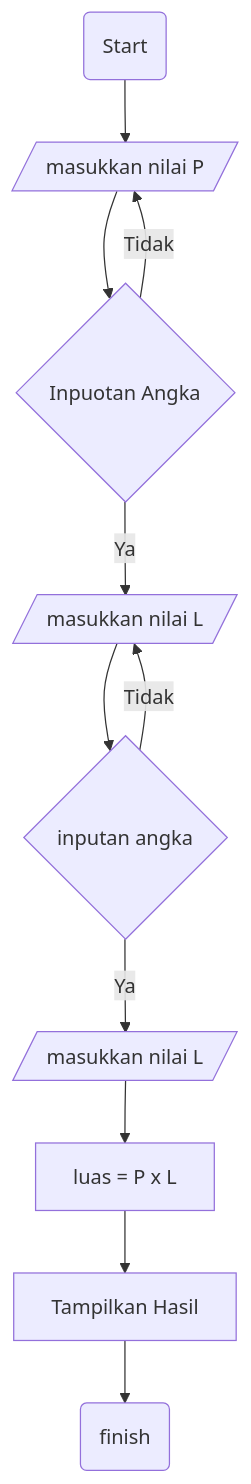
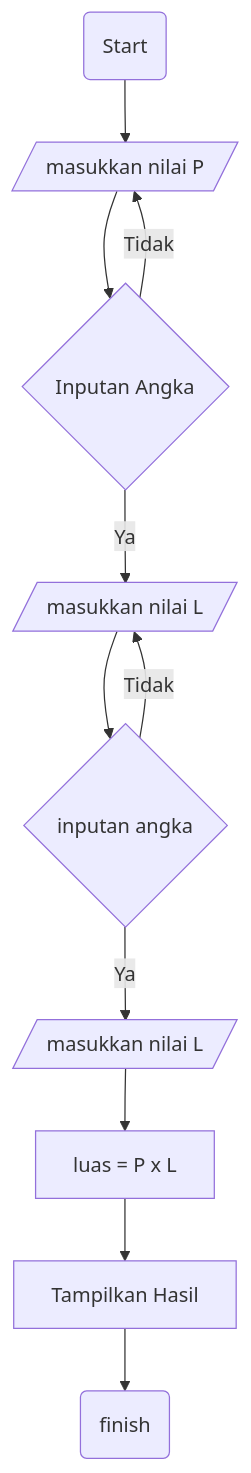
One commit to 3Scars/daa changed the diagram in Pertemuan2/flowchart.md. Above: the diagram before and after it, drawn with Mermaid. The commit also changed 9 other files, not shown here.

````diff
--- a/Pertemuan2/flowchart.md
+++ b/Pertemuan2/flowchart.md
@@ -1,14 +1,14 @@
 ```mermaid
     flowchart TD;
 
     A(Start) --> B[/masukkan nilai P/];
-    B --> C{Inpuotan Angka}
+    B --> C{Inputan Angka}
     C -- Tidak --> B
     C -- Ya -->D[/masukkan nilai L/];
     D --> E{inputan angka}
     E -- Tidak --> D
     E -- Ya -->F[/masukkan nilai L/];
     F --> G[luas = P x L];
     G --> I[Tampilkan Hasil];
     I --> J(finish);
 ```
````
